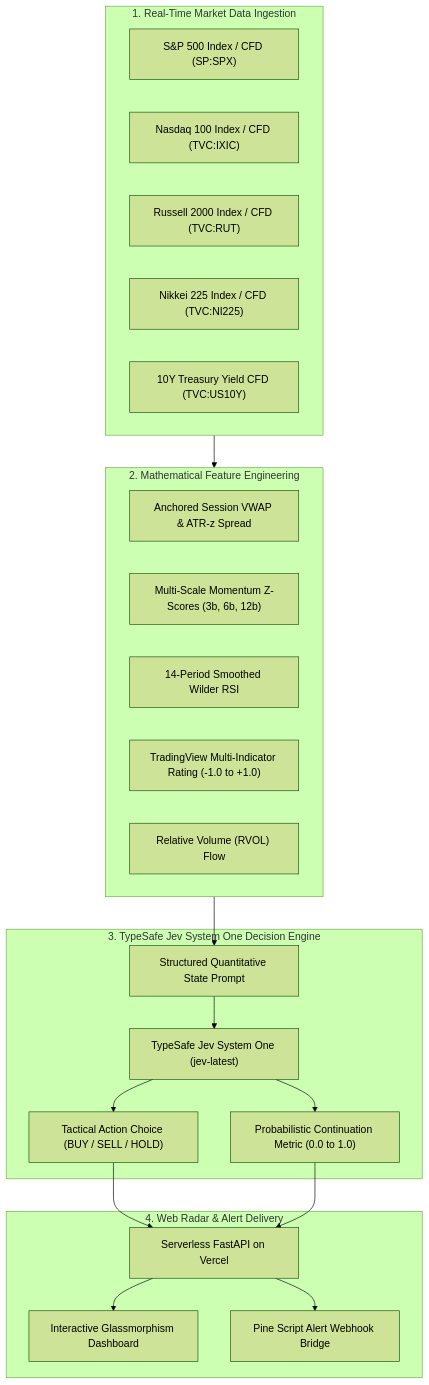
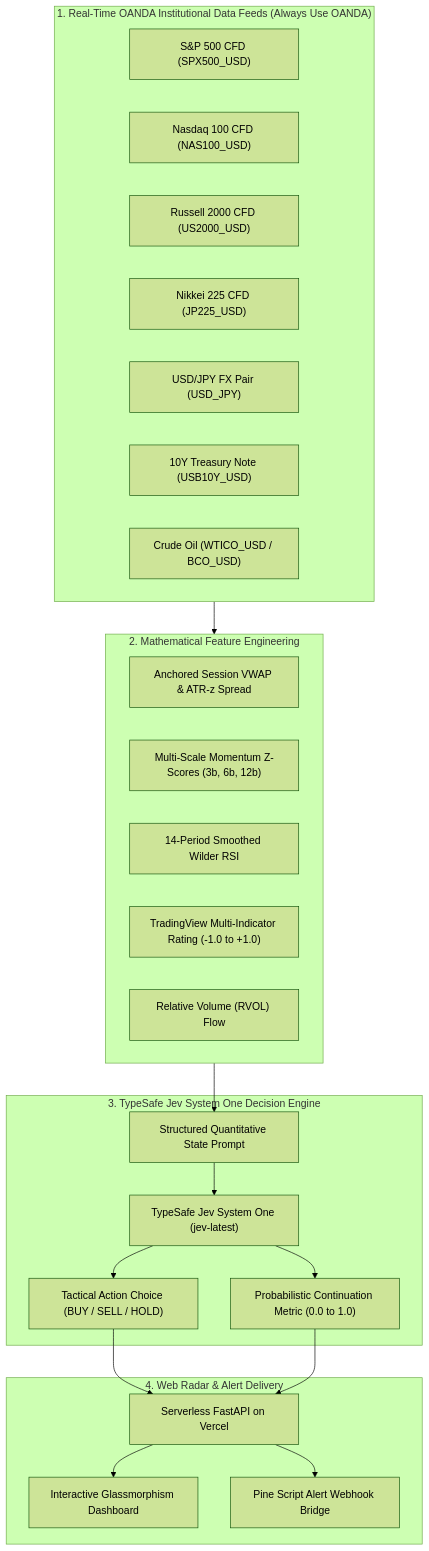
One commit to lioncitydevops/jev-momentum-radar changed the diagram in METHODOLOGY.md. Above: the diagram before and after it, drawn with Mermaid (forest theme). The commit also changed other lines of this file and 7 other files, not shown here.

Commit message:
Enforce OANDA feed default, integrate USD/JPY dynamic coupling for Nikkei 225, and formalize JEV primitives (Score, Choice, Noul)

````diff
--- a/METHODOLOGY.md
+++ b/METHODOLOGY.md
@@ -14,38 +24,40 @@
 ```mermaid
 flowchart TD
-    subgraph MarketFeeds ["1. Real-Time Market Data Ingestion"]
-        SPX["S&P 500 Index / CFD (SP:SPX)"]
-        NDX["Nasdaq 100 Index / CFD (TVC:IXIC)"]
-        RUT["Russell 2000 Index / CFD (TVC:RUT)"]
-        NI225["Nikkei 225 Index / CFD (TVC:NI225)"]
-        TNX["10Y Treasury Yield CFD (TVC:US10Y)"]
+    subgraph MarketFeeds ["1. Real-Time OANDA Institutional Data Feeds (Always Use OANDA)"]
+        SPX["S&P 500 CFD (SPX500_USD)"]
+        NDX["Nasdaq 100 CFD (NAS100_USD)"]
+        RUT["Russell 2000 CFD (US2000_USD)"]
+        NI225["Nikkei 225 CFD (JP225_USD)"]
+        USDJPY["USD/JPY FX Pair (USD_JPY)"]
+        TNX["10Y Treasury Note (USB10Y_USD)"]
+        OIL["Crude Oil (WTICO_USD / BCO_USD)"]
     end
 
     subgraph FeatureEngineering ["2. Mathematical Feature Engineering"]
         VWAP["Anchored Session VWAP & ATR-z Spread"]
         MOM["Multi-Scale Momentum Z-Scores (3b, 6b, 12b)"]
         RSI["14-Period Smoothed Wilder RSI"]
         TVRating["TradingView Multi-Indicator Rating (-1.0 to +1.0)"]
         RVOL["Relative Volume (RVOL) Flow"]
     end
 
     subgraph DecisionLayer ["3. TypeSafe Jev System One Decision Engine"]
         StatePrompt["Structured Quantitative State Prompt"]
         JevAPI["TypeSafe Jev System One (jev-latest)"]
         Choice["Tactical Action Choice (BUY / SELL / HOLD)"]
         Noul["Probabilistic Continuation Metric (0.0 to 1.0)"]
     end
 
     subgraph ExecutionLayer ["4. Web Radar & Alert Delivery"]
         VercelAPI["Serverless FastAPI on Vercel"]
         Dashboard["Interactive Glassmorphism Dashboard"]
         TVWebhook["Pine Script Alert Webhook Bridge"]
     end
 
     MarketFeeds --> FeatureEngineering
     FeatureEngineering --> StatePrompt
     StatePrompt --> JevAPI
     JevAPI --> Choice & Noul
     Choice & Noul --> VercelAPI
     VercelAPI --> Dashboard & TVWebhook
 ```
````
